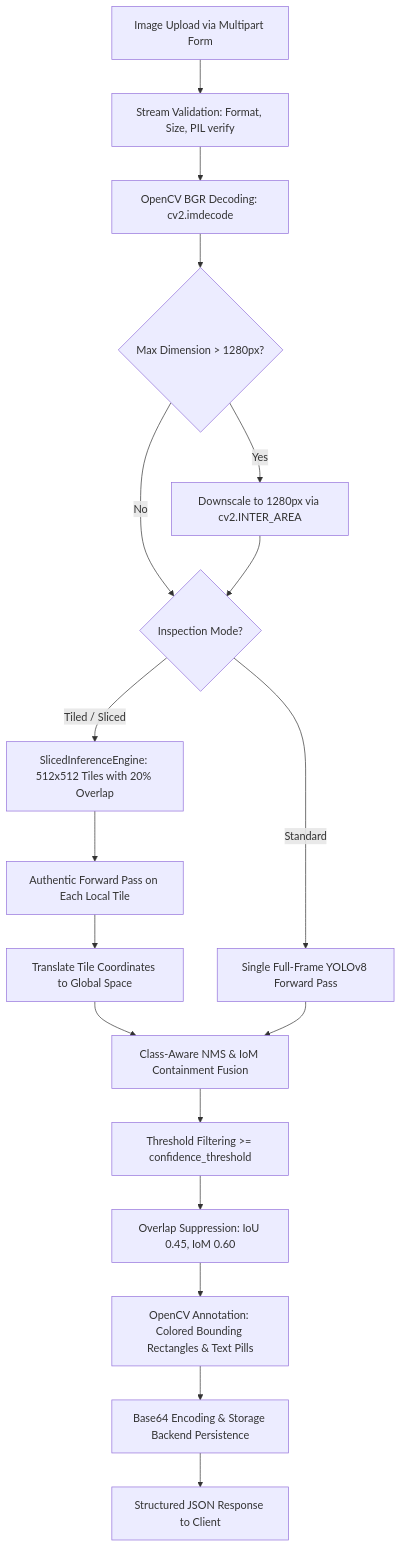
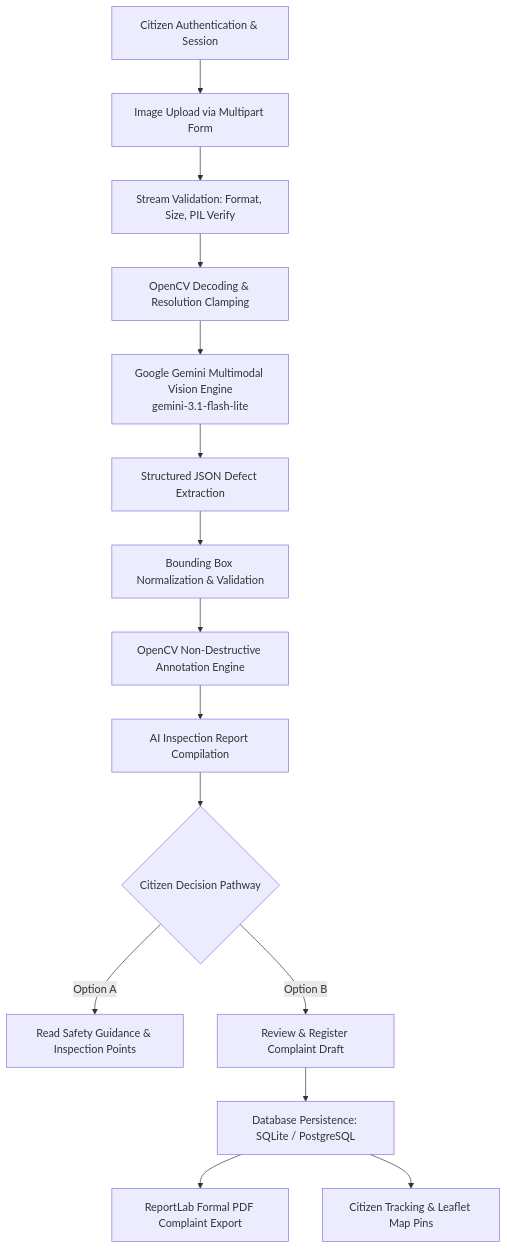
Before and after one commit to szeeshanZ123/visionGuard: the third of 5 diagrams in project_architecture.md, drawn with Mermaid. The commit also changed other lines of this file and 9 other files, not shown here.

Commit message:
feat: upgrade to Gemini Vision multimodal platform, align UI branding, and verify civic complaint workflows

````diff
--- a/project_architecture.md
+++ b/project_architecture.md
@@ -440,23 +442,18 @@
 ```mermaid
 flowchart TD
-    Upload[Image Upload via Multipart Form] --> Validation[Stream Validation: Format, Size, PIL verify]
-    Validation --> Decode[OpenCV BGR Decoding: cv2.imdecode]
-    Decode --> SafetyClamp{Max Dimension > 1280px?}
-    SafetyClamp -- Yes --> Resize[Downscale to 1280px via cv2.INTER_AREA]
-    SafetyClamp -- No --> ModeCheck{Inspection Mode?}
-    Resize --> ModeCheck
-
-    ModeCheck -- Standard --> FullFrame[Single Full-Frame YOLOv8 Forward Pass]
-    ModeCheck -- Tiled / Sliced --> Slicer[SlicedInferenceEngine: 512x512 Tiles with 20% Overlap]
-    
-    Slicer --> TileInference[Authentic Forward Pass on Each Local Tile]
-    TileInference --> CoordShift[Translate Tile Coordinates to Global Space]
-    CoordShift --> NMSFusion[Class-Aware NMS & IoM Containment Fusion]
-    FullFrame --> NMSFusion
-
-    NMSFusion --> ConfFilter[Threshold Filtering >= confidence_threshold]
-    ConfFilter --> Deduplicate[Overlap Suppression: IoU 0.45, IoM 0.60]
-    Deduplicate --> Annotation[OpenCV Annotation: Colored Bounding Rectangles & Text Pills]
-    Annotation --> Base64[Base64 Encoding & Storage Backend Persistence]
-    Base64 --> Response[Structured JSON Response to Client]
+    A[Citizen Authentication & Session] --> B[Image Upload via Multipart Form]
+    B --> C[Stream Validation: Format, Size, PIL Verify]
+    C --> D[OpenCV Decoding & Resolution Clamping]
+    D --> E[Google Gemini Multimodal Vision Engine
+gemini-3.1-flash-lite]
+    E --> F[Structured JSON Defect Extraction]
+    F --> G[Bounding Box Normalization & Validation]
+    G --> H[OpenCV Non-Destructive Annotation Engine]
+    H --> I[AI Inspection Report Compilation]
+    I --> J{Citizen Decision Pathway}
+    J -->|Option A| K[Read Safety Guidance & Inspection Points]
+    J -->|Option B| L[Review & Register Complaint Draft]
+    L --> M[Database Persistence: SQLite / PostgreSQL]
+    M --> N[ReportLab Formal PDF Complaint Export]
+    M --> O[Citizen Tracking & Leaflet Map Pins]
 ```
````
